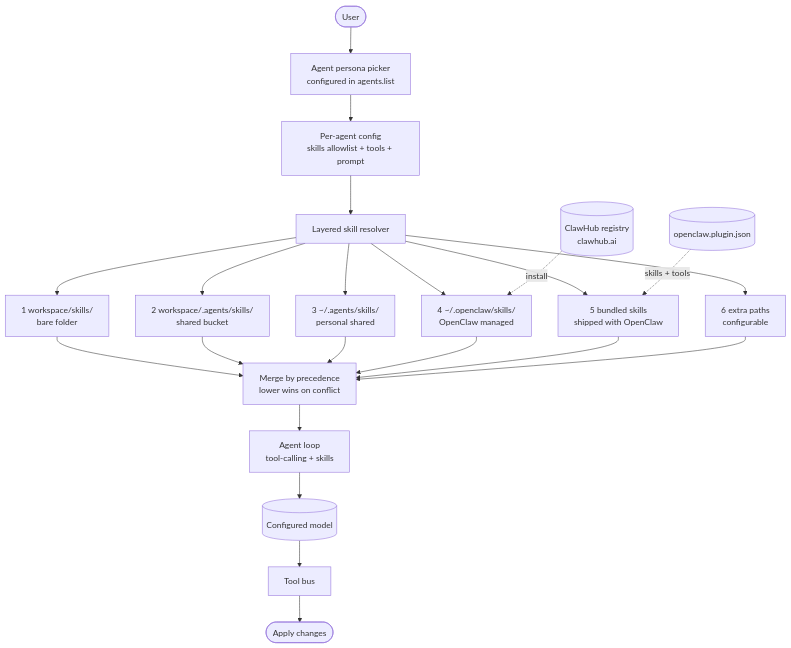
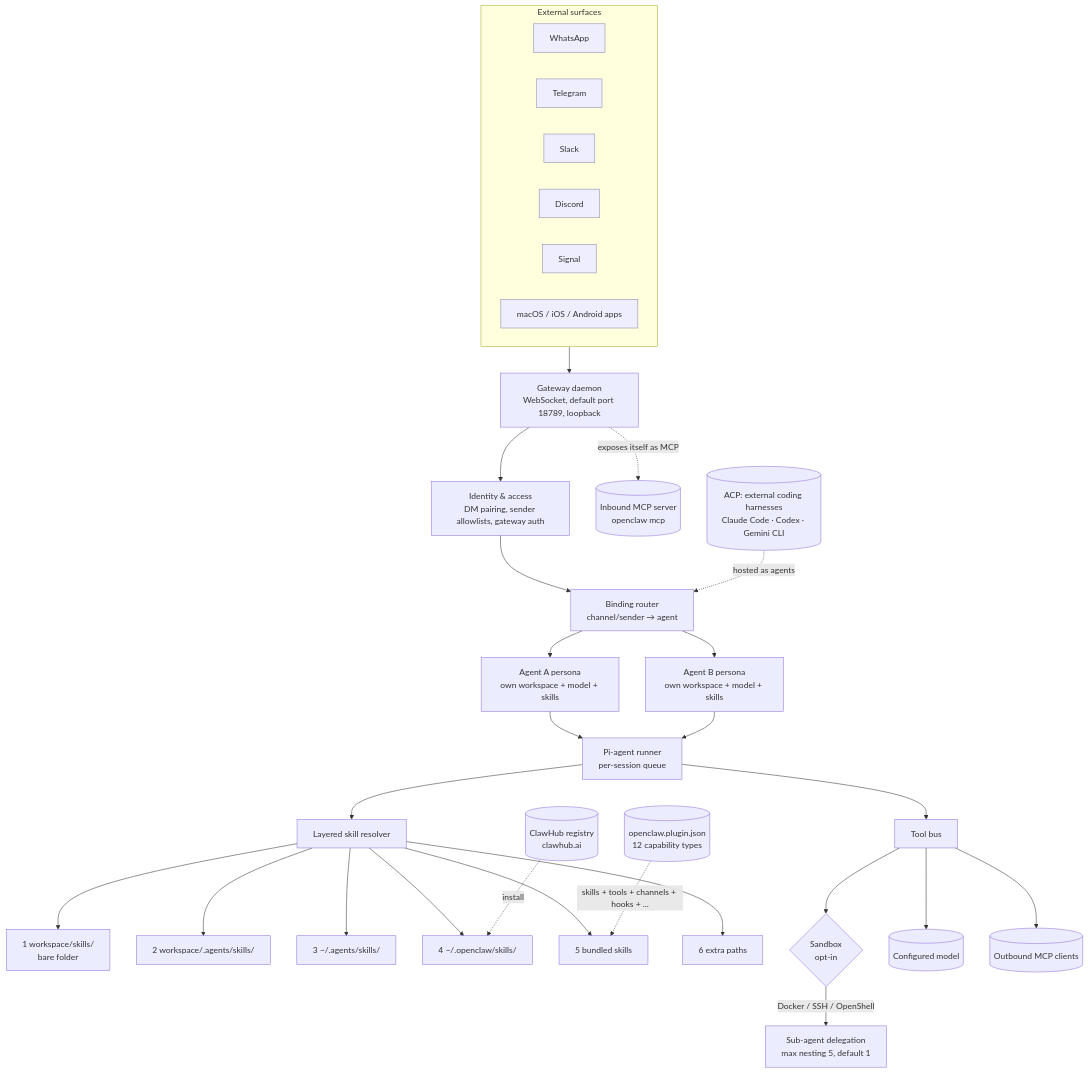
One commit to imarash/ai-harness-deepdive changed the diagram in docs/agents/openclaw.md. Above: the diagram before and after it, drawn with Mermaid. The commit also changed other lines of this file and 5 other files, not shown here.

````diff
--- a/docs/agents/openclaw.md
+++ b/docs/agents/openclaw.md
@@ -55,24 +61,35 @@
 ```mermaid
 flowchart TD
-    User([User]) --> AgentPicker[Agent persona picker<br/>configured in agents.list]
-    AgentPicker --> AgentCfg[Per-agent config<br/>skills allowlist + tools + prompt]
-    AgentCfg --> SkillsResolver[Layered skill resolver]
+    subgraph External[External surfaces]
+      WA[WhatsApp]:::ext
+      TG[Telegram]:::ext
+      SL[Slack]:::ext
+      DC[Discord]:::ext
+      SG[Signal]:::ext
+      Companion[macOS / iOS / Android apps]:::ext
+    end
+    External --> GW[Gateway daemon<br/>WebSocket, default port 18789, loopback]
+    GW --> Auth[Identity & access<br/>DM pairing, sender allowlists, gateway auth]
+    Auth --> Router[Binding router<br/>channel/sender → agent]
+    Router --> AgentA[Agent A persona<br/>own workspace + model + skills]
+    Router --> AgentB[Agent B persona<br/>own workspace + model + skills]
+    AgentA --> Runner[Pi-agent runner<br/>per-session queue]
+    AgentB --> Runner
+    Runner --> SkillsResolver[Layered skill resolver]
     SkillsResolver --> L1[1 workspace/skills/<br/>bare folder]
-    SkillsResolver --> L2[2 workspace/.agents/skills/<br/>shared bucket]
-    SkillsResolver --> L3[3 ~/.agents/skills/<br/>personal shared]
-    SkillsResolver --> L4[4 ~/.openclaw/skills/<br/>OpenClaw managed]
-    SkillsResolver --> L5[5 bundled skills<br/>shipped with OpenClaw]
-    SkillsResolver --> L6[6 extra paths<br/>configurable]
-    L1 --> Merge[Merge by precedence<br/>lower wins on conflict]
-    L2 --> Merge
-    L3 --> Merge
-    L4 --> Merge
-    L5 --> Merge
-    L6 --> Merge
-    Merge --> AgentLoop[Agent loop<br/>tool-calling + skills]
-    AgentLoop --> Models[(Configured model)]
-    Models --> Tools[Tool bus]
-    Tools --> Apply([Apply changes])
+    SkillsResolver --> L2[2 workspace/.agents/skills/]
+    SkillsResolver --> L3[3 ~/.agents/skills/]
+    SkillsResolver --> L4[4 ~/.openclaw/skills/]
+    SkillsResolver --> L5[5 bundled skills]
+    SkillsResolver --> L6[6 extra paths]
+    Runner --> Tools[Tool bus]
+    Tools --> Sandbox{Sandbox<br/>opt-in}
+    Sandbox -->|Docker / SSH / OpenShell| Sub[Sub-agent delegation<br/>max nesting 5, default 1]
+    Tools --> Models[(Configured model)]
+    Tools --> MCPout[(Outbound MCP clients)]
+    GW -.->|exposes itself as MCP| MCPin[(Inbound MCP server<br/>openclaw mcp)]
+    ACP[(ACP: external coding harnesses<br/>Claude Code · Codex · Gemini CLI)] -.->|hosted as agents| Router
     ClawHub[(ClawHub registry<br/>clawhub.ai)] -.->|install| L4
-    Plugins[(openclaw.plugin.json)] -.->|skills + tools| L5
+    Plugins[(openclaw.plugin.json<br/>12 capability types)] -.->|skills + tools + channels + hooks + ...| L5
+    classDef ext fill:#eef,stroke:#88a;
 ```
````
